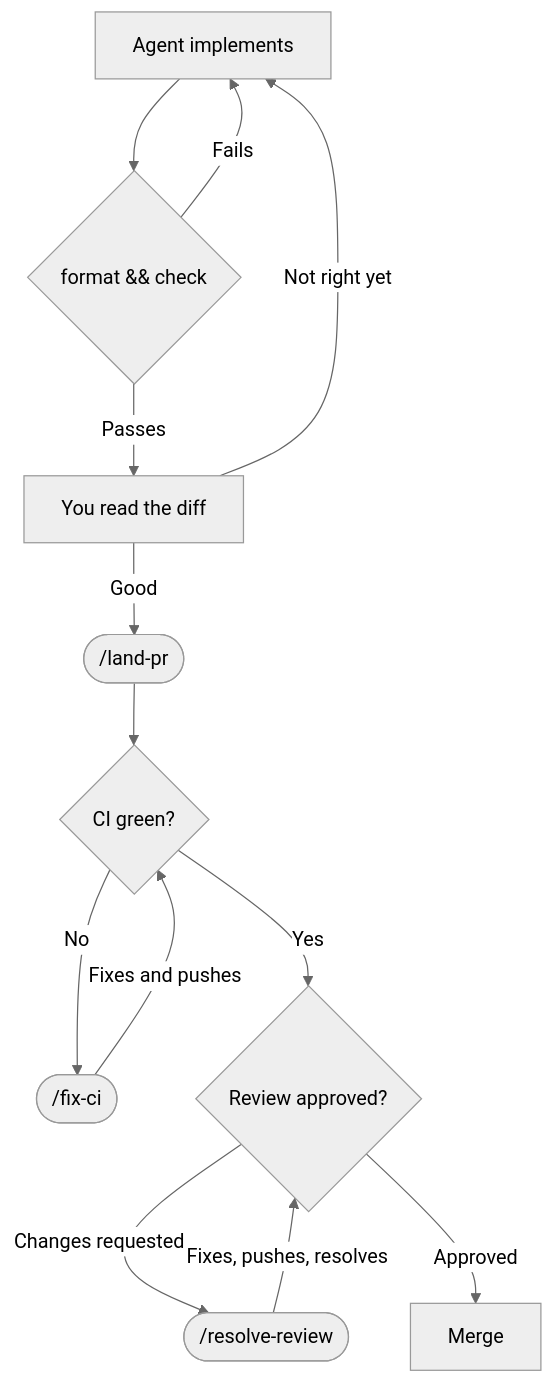
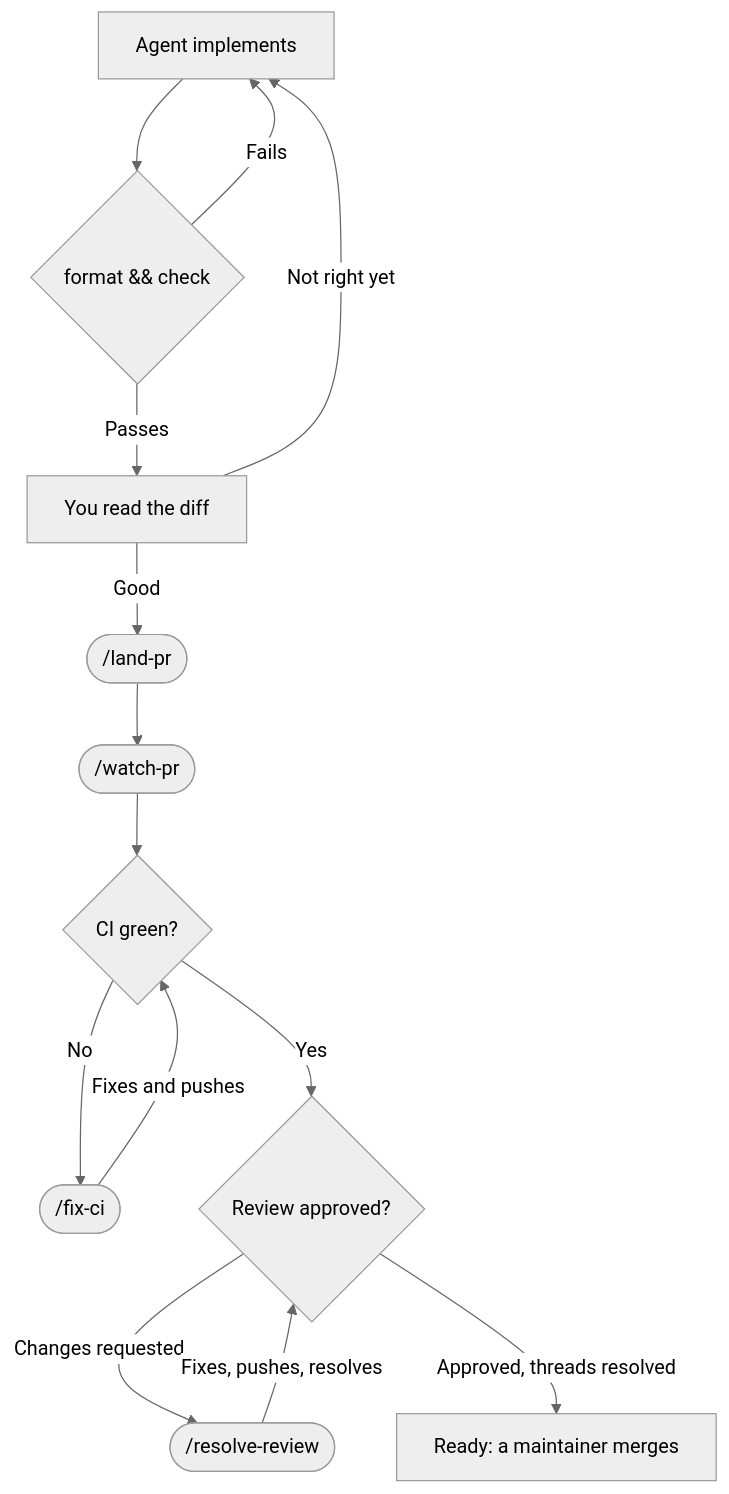
Before and after one commit to hephaestus-build/Hephaestus: the diagram in docs/contributor/ai-agent-workflow.mdx, drawn with Mermaid (neutral theme). The commit also changed other lines of this file and 13 other files, not shown here.

First line of the commit message:
chore: watch a pull request until it is ready

````diff
--- a/docs/contributor/ai-agent-workflow.mdx
+++ b/docs/contributor/ai-agent-workflow.mdx
@@ -25,17 +25,18 @@
 ```mermaid
 flowchart TD
     accTitle: AI-assisted contribution workflow
-    accDescr: An agent implements and self-validates, you review the diff, land-pr opens the PR, and fix-ci and resolve-review loop back into CI and review.
+    accDescr: An agent implements and self-validates, you review the diff, land-pr opens the PR, and watch-pr hands CI failures to fix-ci and review comments to resolve-review until the PR is ready.
     B[Agent implements] --> C{format && check}
     C -->|Fails| B
     C -->|Passes| D[You read the diff]
     D -->|Not right yet| B
     D -->|Good| F([/land-pr])
-    F --> H{CI green?}
+    F --> W([/watch-pr])
+    W --> H{CI green?}
     H -->|No| I([/fix-ci])
     I -->|Fixes and pushes| H
     H -->|Yes| J{Review approved?}
     J -->|Changes requested| K([/resolve-review])
     K -->|Fixes, pushes, resolves| J
-    J -->|Approved| L[Merge]
+    J -->|Approved, threads resolved| L[Ready: a maintainer merges]
 ```
````
